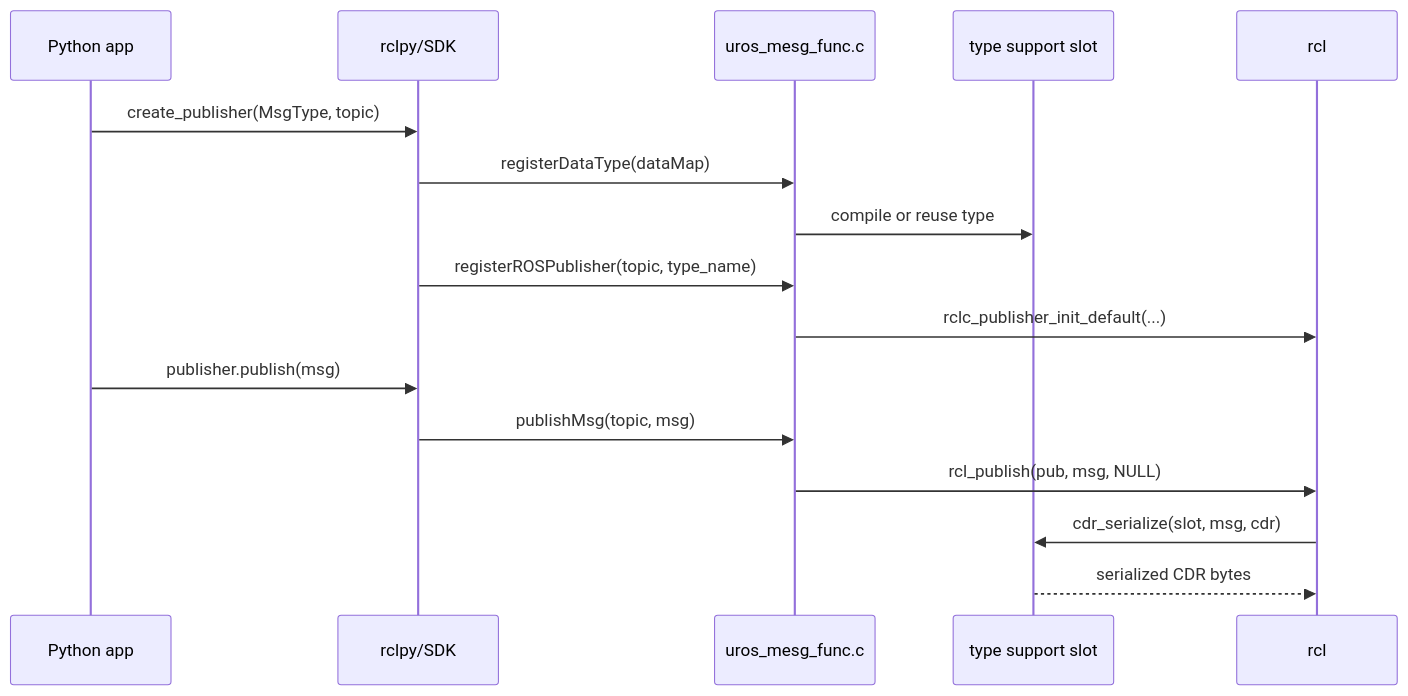
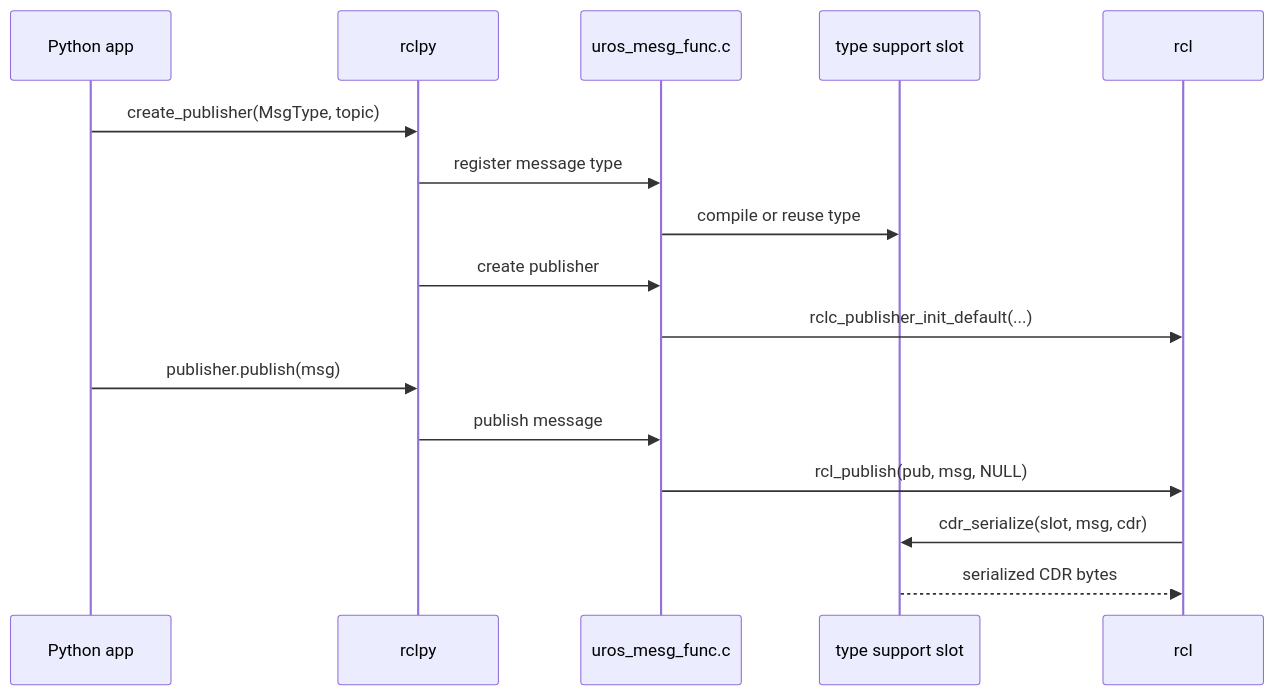
Before and after one commit to ROSMicroPy/ROSMicroPy: the second of 3 diagrams in docs/technical-architecture.md, drawn with Mermaid. The commit also changed other lines of this file and 7 other files, not shown here.

````diff
--- a/docs/technical-architecture.md
+++ b/docs/technical-architecture.md
@@ -83,19 +83,19 @@
 ```mermaid
 sequenceDiagram
     participant App as Python app
-    participant Py as rclpy/SDK
+    participant Py as rclpy
     participant Msg as uros_mesg_func.c
     participant TS as type support slot
     participant RCL as rcl
 
     App->>Py: create_publisher(MsgType, topic)
-    Py->>Msg: registerDataType(dataMap)
+    Py->>Msg: register message type
     Msg->>TS: compile or reuse type
-    Py->>Msg: registerROSPublisher(topic, type_name)
+    Py->>Msg: create publisher
     Msg->>RCL: rclc_publisher_init_default(...)
     App->>Py: publisher.publish(msg)
-    Py->>Msg: publishMsg(topic, msg)
+    Py->>Msg: publish message
     Msg->>RCL: rcl_publish(pub, msg, NULL)
     RCL->>TS: cdr_serialize(slot, msg, cdr)
     TS-->>RCL: serialized CDR bytes
 ```
````
